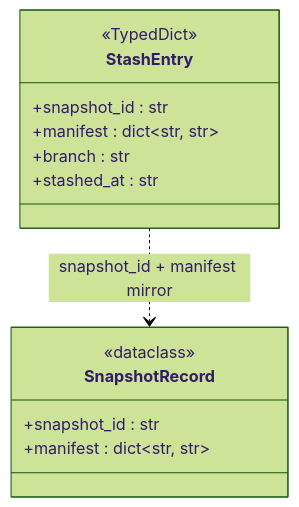
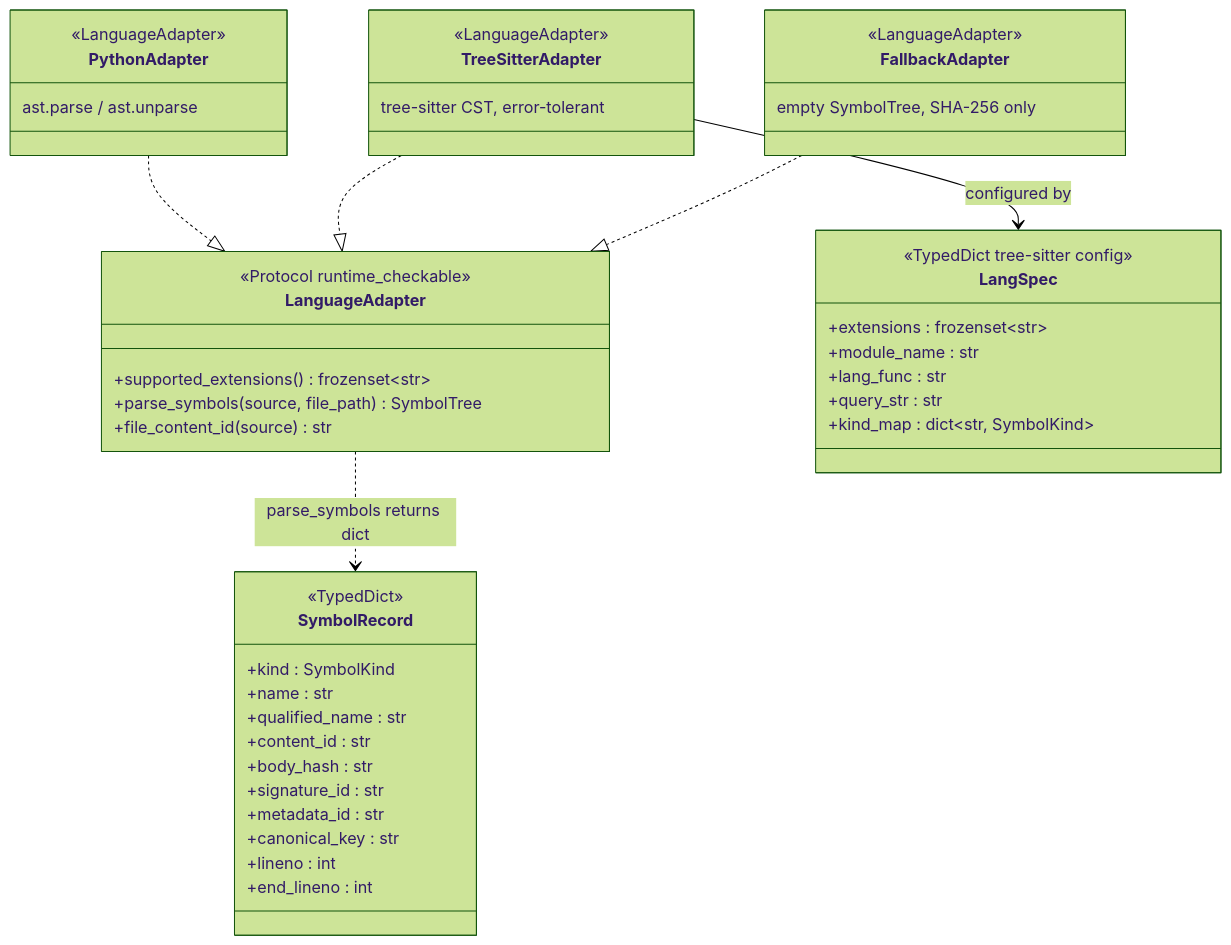
The ninth of 11 diagrams in docs/reference/type-contracts.md (cgcardona/muse), drawn with Mermaid (forest theme) before and after one commit. The commit also changed other lines of this file, not shown here.

````diff
--- a/docs/reference/type-contracts.md
+++ b/docs/reference/type-contracts.md
@@ -1200,17 +2078,48 @@
 ```mermaid
 classDiagram
-    class StashEntry {
+    class LanguageAdapter {
+        <<Protocol runtime_checkable>>
+        +supported_extensions() frozenset~str~
+        +parse_symbols(source, file_path) SymbolTree
+        +file_content_id(source) str
+    }
+    class LangSpec {
+        <<TypedDict tree-sitter config>>
+        +extensions : frozenset~str~
+        +module_name : str
+        +lang_func : str
+        +query_str : str
+        +kind_map : dict~str, SymbolKind~
+    }
+    class SymbolRecord {
         <<TypedDict>>
-        +snapshot_id : str
-        +manifest : dict~str, str~
-        +branch : str
-        +stashed_at : str
+        +kind : SymbolKind
+        +name : str
+        +qualified_name : str
+        +content_id : str
+        +body_hash : str
+        +signature_id : str
+        +metadata_id : str
+        +canonical_key : str
+        +lineno : int
+        +end_lineno : int
     }
-    class SnapshotRecord {
-        <<dataclass>>
-        +snapshot_id : str
-        +manifest : dict~str, str~
+    class PythonAdapter {
+        <<LanguageAdapter>>
+        ast.parse / ast.unparse
+    }
+    class TreeSitterAdapter {
+        <<LanguageAdapter>>
+        tree-sitter CST, error-tolerant
+    }
+    class FallbackAdapter {
+        <<LanguageAdapter>>
+        empty SymbolTree, SHA-256 only
     }
 
-    StashEntry ..> SnapshotRecord : snapshot_id + manifest mirror
+    LanguageAdapter ..> SymbolRecord : parse_symbols returns dict
+    PythonAdapter ..|> LanguageAdapter
+    TreeSitterAdapter ..|> LanguageAdapter
+    FallbackAdapter ..|> LanguageAdapter
+    TreeSitterAdapter --> LangSpec : configured by
 ```
````
